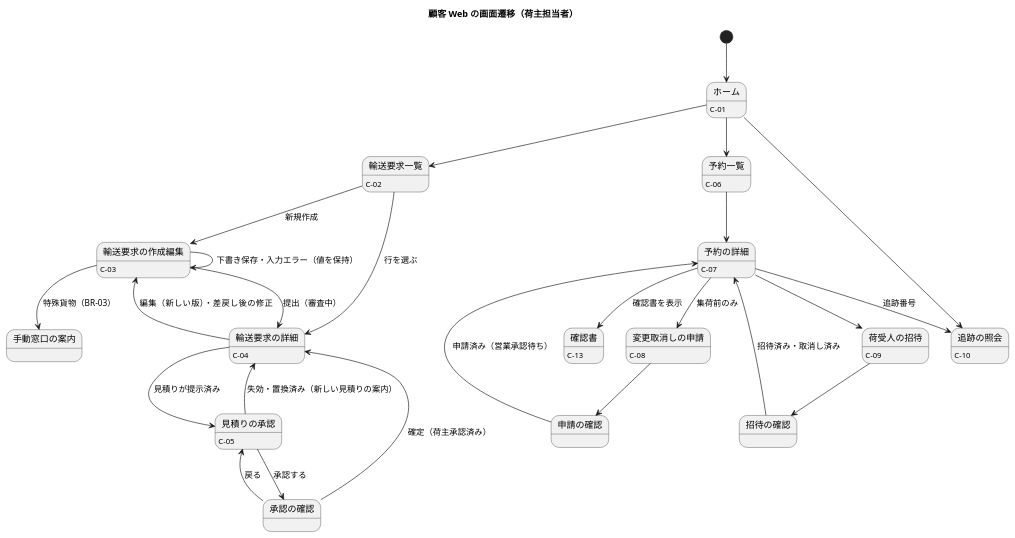
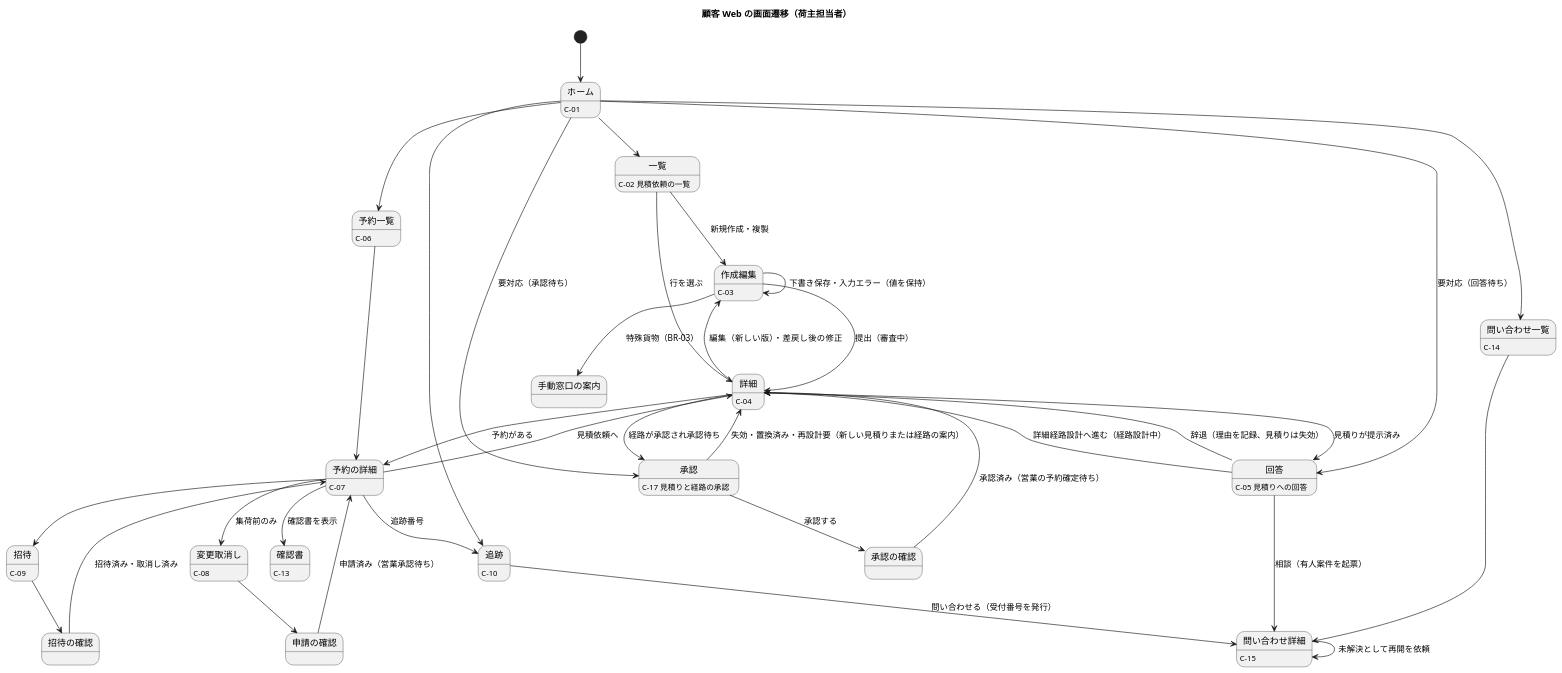
Before and after one commit to k2works/practical-domain-driven-design-in-enterpris-application: the third of 21 diagrams in docs/design/cargo-tracker/ui_design.md, drawn with PlantUML. The commit also changed other lines of this file and 25 other files, not shown here.

````diff
--- a/docs/design/cargo-tracker/ui_design.md
+++ b/docs/design/cargo-tracker/ui_design.md
@@ -162,41 +213,55 @@
 ```plantuml
 @startuml
 title 顧客 Web の画面遷移（荷主担当者）
 [*] --> ホーム
 ホーム : C-01
-輸送要求一覧 : C-02
-輸送要求の作成編集 : C-03
-輸送要求の詳細 : C-04
-見積りの承認 : C-05
+一覧 : C-02 見積依頼の一覧
+作成編集 : C-03
+詳細 : C-04
+回答 : C-05 見積りへの回答
+承認 : C-17 見積りと経路の承認
 予約一覧 : C-06
 予約の詳細 : C-07
-変更取消しの申請 : C-08
-荷受人の招待 : C-09
-追跡の照会 : C-10
+変更取消し : C-08
+招待 : C-09
+追跡 : C-10
+問い合わせ一覧 : C-14
+問い合わせ詳細 : C-15
 確認書 : C-13
 
-ホーム --> 輸送要求一覧
+ホーム --> 回答 : 要対応（回答待ち）
+ホーム --> 承認 : 要対応（承認待ち）
+ホーム --> 一覧
 ホーム --> 予約一覧
-ホーム --> 追跡の照会
-輸送要求一覧 --> 輸送要求の作成編集 : 新規作成
-輸送要求一覧 --> 輸送要求の詳細 : 行を選ぶ
-輸送要求の作成編集 --> 輸送要求の作成編集 : 下書き保存・入力エラー（値を保持）
-輸送要求の作成編集 --> 輸送要求の詳細 : 提出（審査中）
-輸送要求の作成編集 --> 手動窓口の案内 : 特殊貨物（BR-03）
-輸送要求の詳細 --> 輸送要求の作成編集 : 編集（新しい版）・差戻し後の修正
-輸送要求の詳細 --> 見積りの承認 : 見積りが提示済み
-見積りの承認 --> 承認の確認 : 承認する
-承認の確認 --> 輸送要求の詳細 : 確定（荷主承認済み）
-承認の確認 --> 見積りの承認 : 戻る
-見積りの承認 --> 輸送要求の詳細 : 失効・置換済み（新しい見積りの案内）
+ホーム --> 追跡
+ホーム --> 問い合わせ一覧
+一覧 --> 作成編集 : 新規作成・複製
+一覧 --> 詳細 : 行を選ぶ
+作成編集 --> 作成編集 : 下書き保存・入力エラー（値を保持）
+作成編集 --> 詳細 : 提出（審査中）
+作成編集 --> 手動窓口の案内 : 特殊貨物（BR-03）
+詳細 --> 作成編集 : 編集（新しい版）・差戻し後の修正
+詳細 --> 回答 : 見積りが提示済み
+回答 --> 詳細 : 詳細経路設計へ進む（経路設計中）
+回答 --> 詳細 : 辞退（理由を記録、見積りは失効）
+回答 --> 問い合わせ詳細 : 相談（有人案件を起票）
+詳細 --> 承認 : 経路が承認され承認待ち
+承認 --> 承認の確認 : 承認する
+承認の確認 --> 詳細 : 承認済み（営業の予約確定待ち）
+承認 --> 詳細 : 失効・置換済み・再設計要（新しい見積りまたは経路の案内）
+詳細 --> 予約の詳細 : 予約がある
 予約一覧 --> 予約の詳細
-予約の詳細 --> 変更取消しの申請 : 集荷前のみ
-変更取消しの申請 --> 申請の確認
+予約の詳細 --> 詳細 : 見積依頼へ
+予約の詳細 --> 変更取消し : 集荷前のみ
+変更取消し --> 申請の確認
 申請の確認 --> 予約の詳細 : 申請済み（営業承認待ち）
-予約の詳細 --> 荷受人の招待
-荷受人の招待 --> 招待の確認
+予約の詳細 --> 招待
+招待 --> 招待の確認
 招待の確認 --> 予約の詳細 : 招待済み・取消し済み
-予約の詳細 --> 追跡の照会 : 追跡番号
+予約の詳細 --> 追跡 : 追跡番号
 予約の詳細 --> 確認書 : 確認書を表示
+追跡 --> 問い合わせ詳細 : 問い合わせる（受付番号を発行）
+問い合わせ一覧 --> 問い合わせ詳細
+問い合わせ詳細 --> 問い合わせ詳細 : 未解決として再開を依頼
 @enduml
 ```
````
